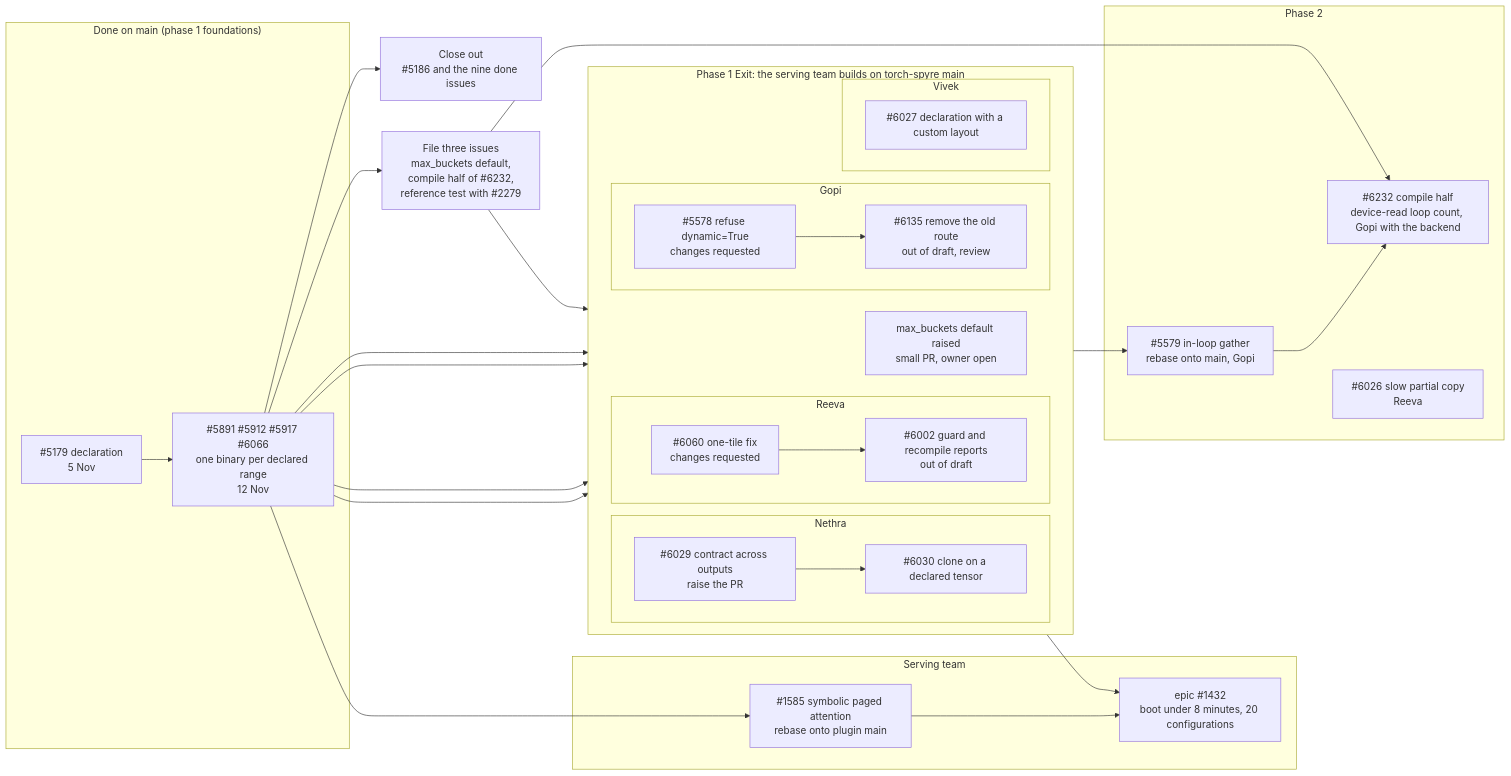
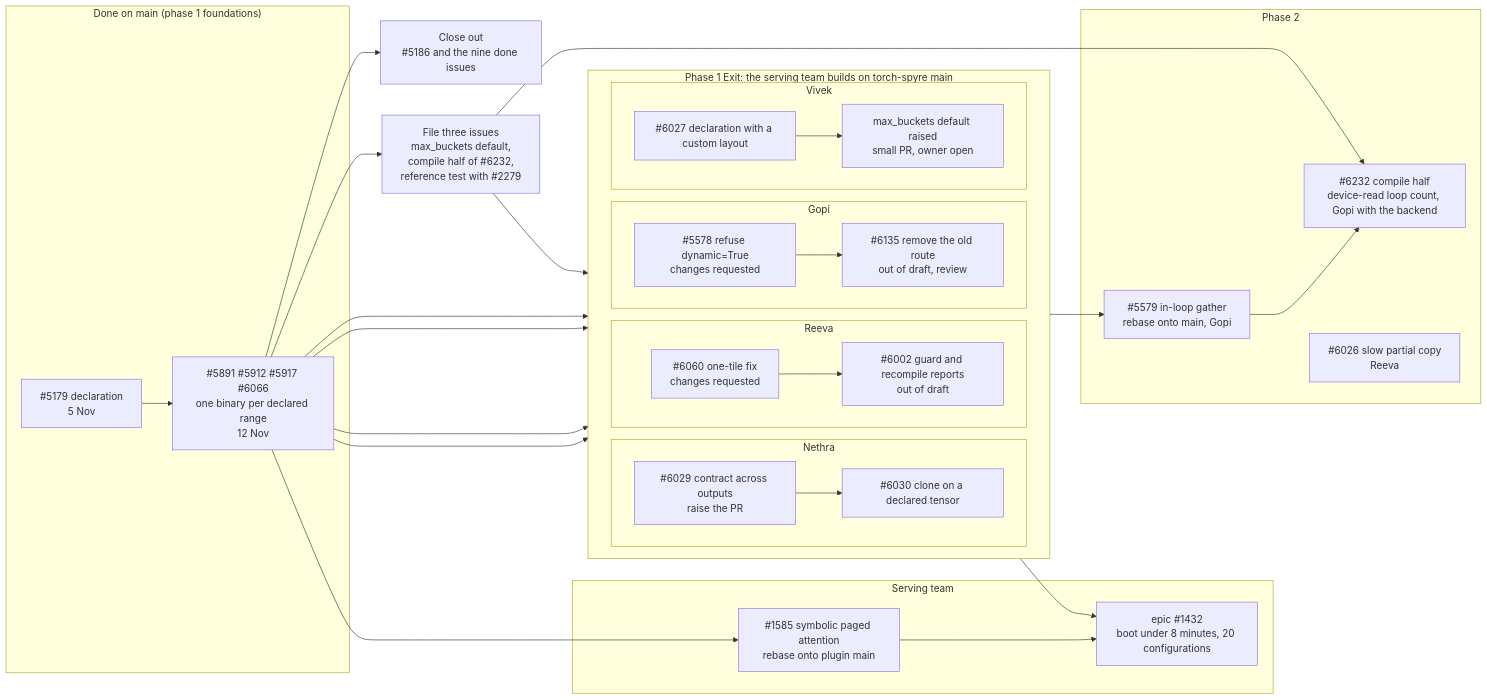
One commit to Vivek1258/torch-spyre changed the diagram in docs/source/compiler/plan.md. Above: the diagram before and after it, drawn with Mermaid.

````diff
--- a/docs/source/compiler/plan.md
+++ b/docs/source/compiler/plan.md
@@ -1,46 +1,46 @@
 ```mermaid
 flowchart LR
     subgraph done["Done on main (phase 1 foundations)"]
         A["#5179 declaration<br/>5 Nov"] --> B["#5891 #5912 #5917 #6066<br/>one binary per declared range<br/>12 Nov"]
     end
 
     B --> C["Close out<br/>#5186 and the nine done issues"]
     B --> D["File three issues<br/>max_buckets default,<br/>compile half of #6232,<br/>reference test with #2279"]
 
     subgraph p1["Phase 1 Exit: the serving team builds on torch-spyre main"]
         direction LR
         subgraph gopi1["Gopi"]
             G1["#5578 refuse dynamic=True<br/>changes requested"] --> G2["#6135 remove the old route<br/>out of draft, review"]
         end
         subgraph reeva1["Reeva"]
             R1["#6060 one-tile fix<br/>changes requested"] --> R2["#6002 guard and recompile reports<br/>out of draft"]
         end
         subgraph nethra1["Nethra"]
             N1["#6029 contract across outputs<br/>raise the PR"] --> N2["#6030 clone on a declared tensor"]
         end
         subgraph vivek1["Vivek"]
-            V1["#6027 declaration with a custom layout"]
+            V1["#6027 declaration with a custom layout"] --> X["max_buckets default raised<br/>small PR, owner open"]
         end
-            X["max_buckets default raised<br/>small PR, owner open"]
+            
     end
 
     subgraph serving["Serving team"]
         S1["#1585 symbolic paged attention<br/>rebase onto plugin main"] --> S2["epic #1432<br/>boot under 8 minutes, 20 configurations"]
     end
 
     subgraph p2["Phase 2"]
         G3["#5579 in-loop gather<br/>rebase onto main, Gopi"] --> G4["#6232 compile half<br/>device-read loop count, Gopi with the backend"]
         R3["#6026 slow partial copy<br/>Reeva"]
     end
 
     B --> G1
     B --> R1
     B --> N1
     B --> V1
     B --> S1
     D --> X
     D --> G4
     G2 --> G3
     p1 --> S2
 
 ```
````
